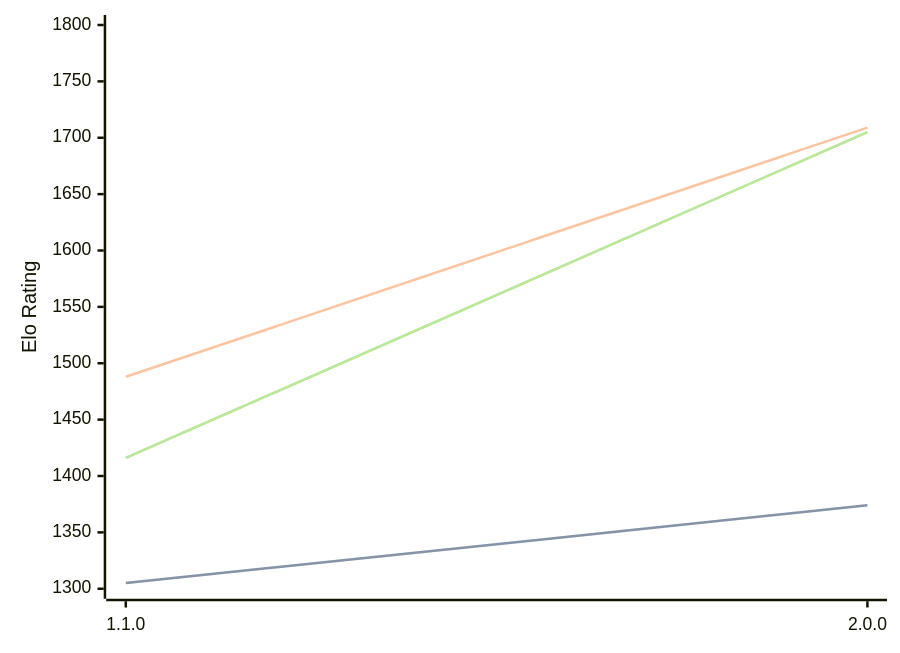
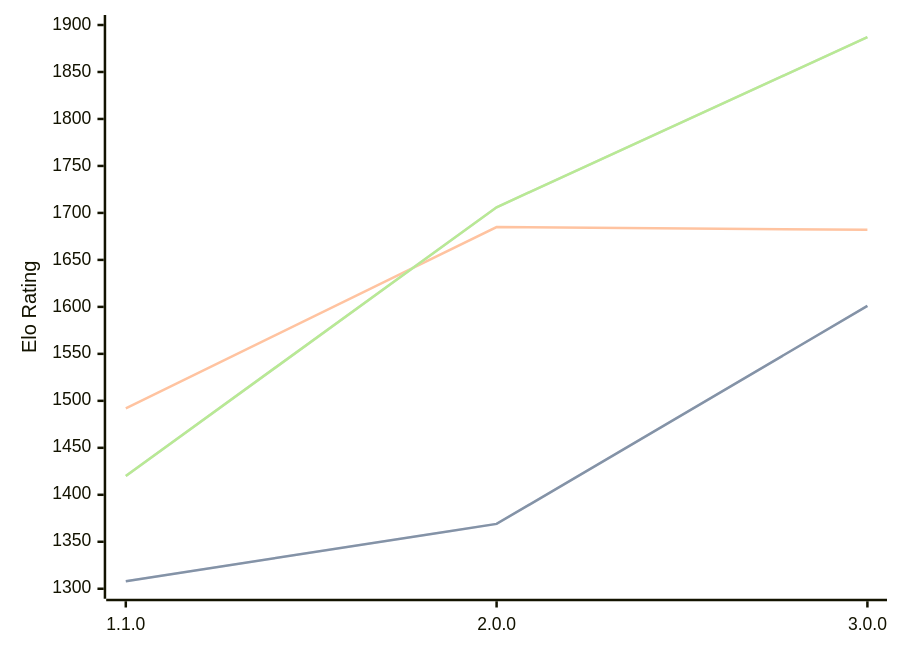
Before and after one commit to computer-chess-index/cci: the diagram in engines/Laura.md, drawn with Mermaid. The commit also changed other lines of this file, not shown here.

Commit message:
Update CCI Ratings (ELO VLTC) - 2026-04-30

````diff
--- a/engines/Laura.md
+++ b/engines/Laura.md
@@ -33,11 +34,11 @@
 ```mermaid
 %%{init: {"theme":"base","themeVariables":{"seriesColors:['#a3a3a3','#222221','#faa371']}}}%%
 xychart-beta
-  x-axis ["1.1.0", "2.0.0"]
-  y-axis "Elo Rating" 1300 --> 1800
-  line "STC (8.0+0.08s)" [1305, 1374]
-  line "STC (8.0+0.08s)" [1305, 1374]
-  line "LTC (60.0+0.60s)" [1488, 1709]
-  line "VLTC (2m24s+1.12s)" [1416, 1705]
-  line "VLTC (2m24s+1.12s)" [1416, 1705]
+  x-axis ["1.1.0", "2.0.0", "3.0.0"]
+  y-axis "Elo Rating" 1300 --> 1900
+  line "STC (8.0+0.08s)" [1308, 1369, 1601]
+  line "STC (8.0+0.08s)" [1308, 1369, 1601]
+  line "LTC (60.0+0.60s)" [1492, 1685, 1682]
+  line "VLTC (2m24s+1.12s)" [1420, 1706, 1887]
+  line "VLTC (2m24s+1.12s)" [1420, 1706, 1887]
 ```
````
